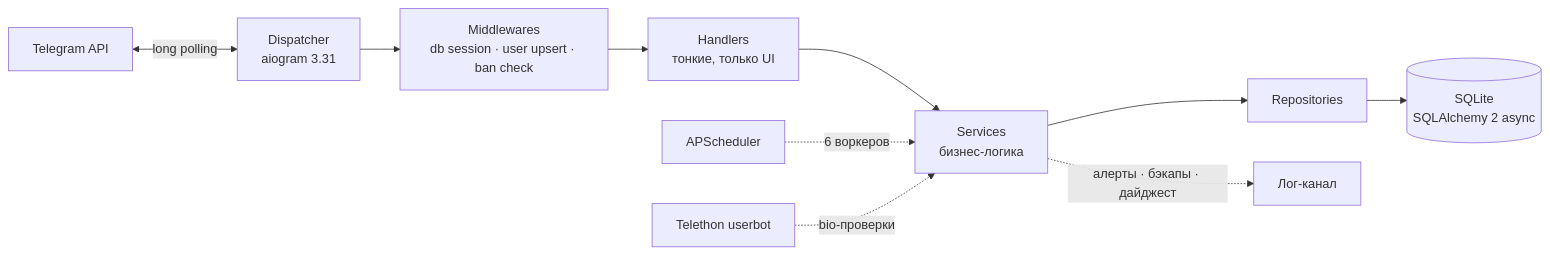
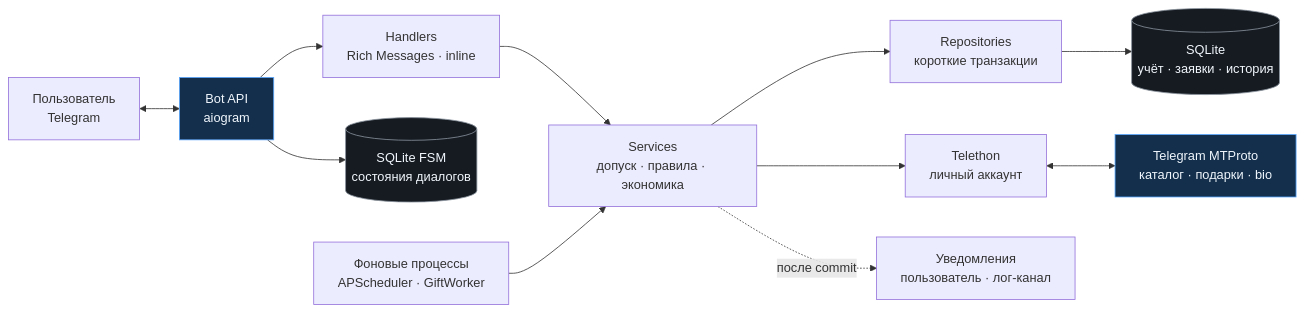
The diagram in README.md (shaitanvoid-ui/SiriusTG_Bot), drawn with Mermaid before and after one commit. The commit also changed other lines of this file and 115 other files, not shown here.

````diff
--- a/README.md
+++ b/README.md
@@ -72,12 +98,18 @@
 ```mermaid
 flowchart LR
-    TG[Telegram API] <-->|long polling| D[Dispatcher<br/>aiogram 3.31]
-    D --> MW[Middlewares<br/>db session · user upsert · ban check]
-    MW --> H[Handlers<br/>тонкие, только UI]
-    H --> S[Services<br/>бизнес-логика]
-    S --> R[Repositories]
-    R --> DB[(SQLite<br/>SQLAlchemy 2 async)]
-    SCH[APScheduler] -.->|6 воркеров| S
-    UB[Telethon userbot] -.->|bio-проверки| S
-    S -.->|алерты · бэкапы · дайджест| LOG[Лог-канал]
+    U["Пользователь<br/>Telegram"] <--> B["Bot API<br/>aiogram"]
+    B --> H["Handlers<br/>Rich Messages · inline"]
+    H --> S["Services<br/>допуск · правила · экономика"]
+    S --> R["Repositories<br/>короткие транзакции"]
+    R --> DB[("SQLite<br/>учёт · заявки · история")]
+    B --> FSM[("SQLite FSM<br/>состояния диалогов")]
+    W["Фоновые процессы<br/>APScheduler · GiftWorker"] --> S
+    S --> T["Telethon<br/>личный аккаунт"]
+    T <--> MT["Telegram MTProto<br/>каталог · подарки · bio"]
+    S -. "после commit" .-> N["Уведомления<br/>пользователь · лог-канал"]
+
+    classDef storage fill:#161b22,stroke:#8b949e,color:#f0f6fc;
+    classDef external fill:#132f4c,stroke:#58a6ff,color:#f0f6fc;
+    class DB,FSM storage;
+    class B,MT external;
 ```
````
